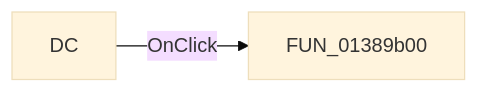
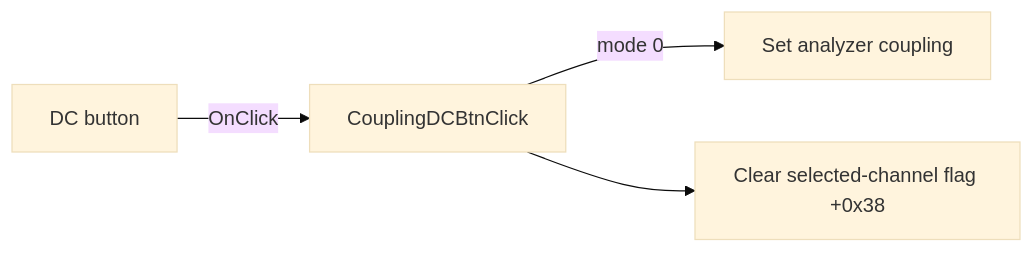
Before and after one commit to MovGP0/TIARA: the diagram in docs/ui-controls/signalanalyzerwin/couplingdcbtn-373b11c8ac.md, drawn with Mermaid (base theme). The commit also changed other lines of this file and 1062 other files, not shown here.

````diff
--- a/docs/ui-controls/signalanalyzerwin/couplingdcbtn-373b11c8ac.md
+++ b/docs/ui-controls/signalanalyzerwin/couplingdcbtn-373b11c8ac.md
@@ -27,4 +29,6 @@
 ```mermaid
 flowchart LR
-    control["DC"] -->|OnClick| handler["FUN_01389b00"]
+    control["DC button"] -->|OnClick| handler["CouplingDCBtnClick"]
+    handler -->|mode 0| backend["Set analyzer coupling"]
+    handler --> state["Clear selected-channel flag +0x38"]
 ```
````
